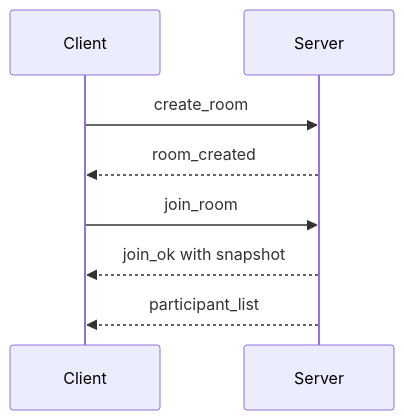
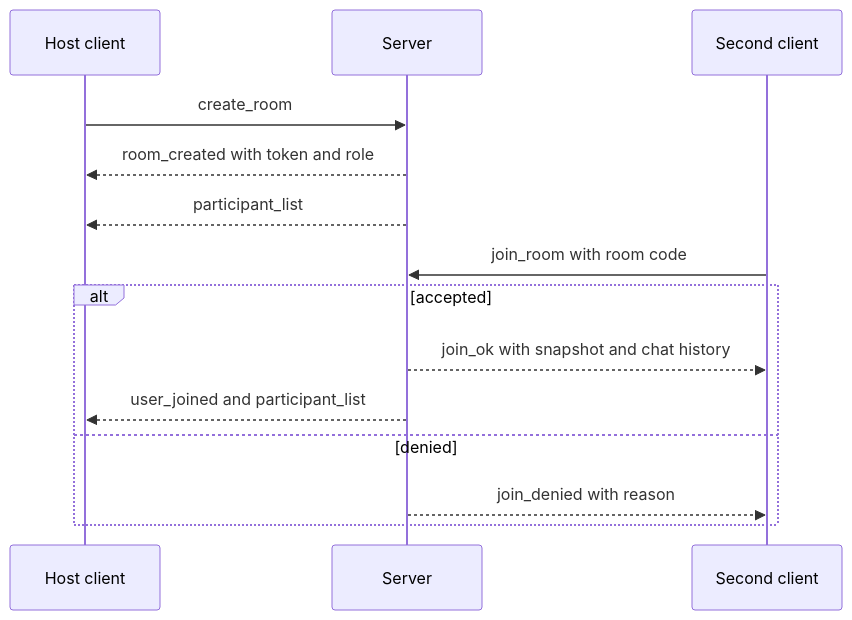
One commit to ankitnegi-dev/WhiteBoard changed the third of 6 diagrams in README.md. Above: the diagram before and after it, drawn with Mermaid. The commit also changed other lines of this file and 15 other files, not shown here.

````diff
--- a/README.md
+++ b/README.md
@@ -129,10 +155,16 @@
 ```mermaid
 sequenceDiagram
-  participant C as Client
+  participant H as Host client
   participant S as Server
-  C->>S: create_room
-  S-->>C: room_created
-  C->>S: join_room
-  S-->>C: join_ok with snapshot
-  S-->>C: participant_list
+  participant G as Second client
+  H->>S: create_room
+  S-->>H: room_created with token and role
+  S-->>H: participant_list
+  G->>S: join_room with room code
+  alt accepted
+    S-->>G: join_ok with snapshot and chat history
+    S-->>H: user_joined and participant_list
+  else denied
+    S-->>G: join_denied with reason
+  end
 ```
````
